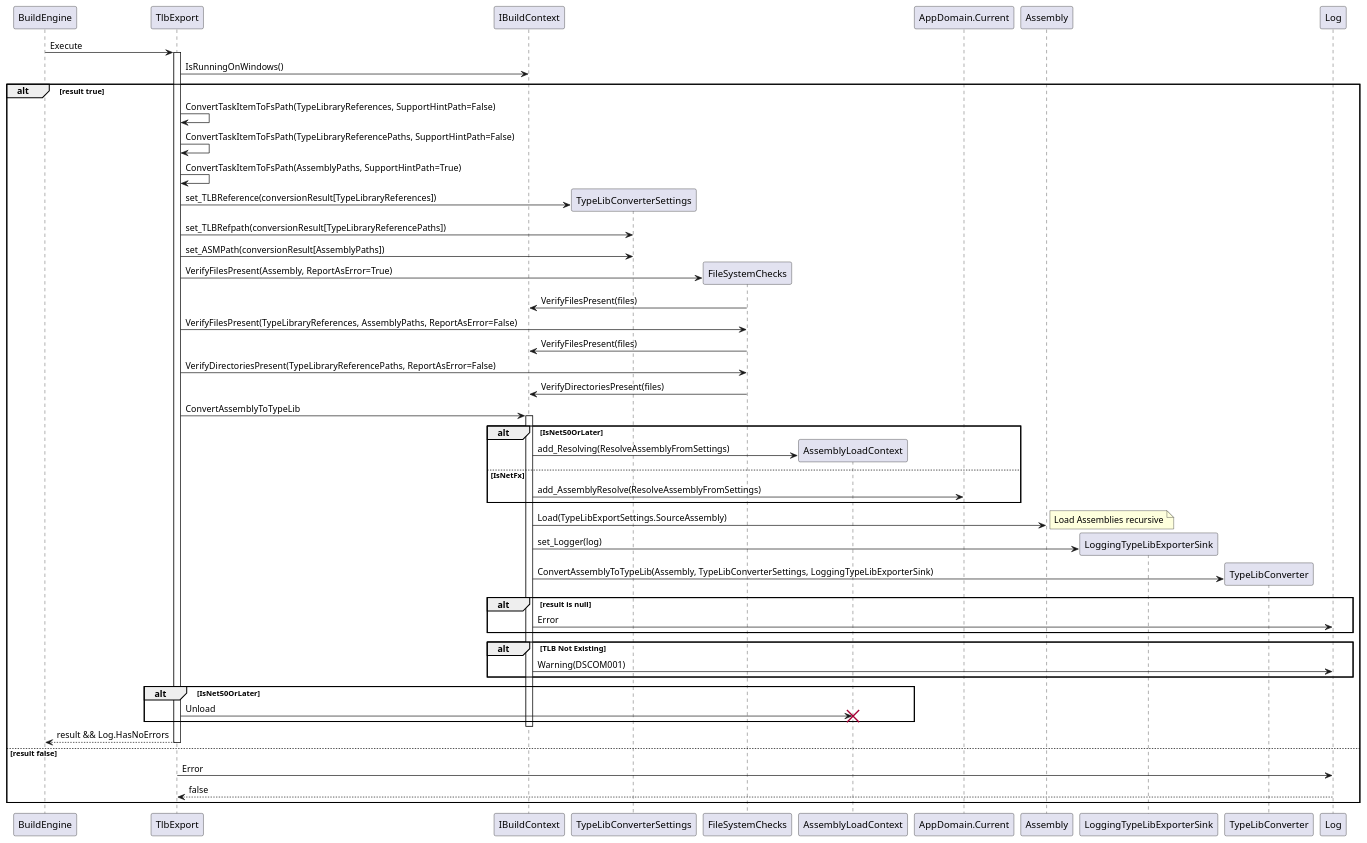
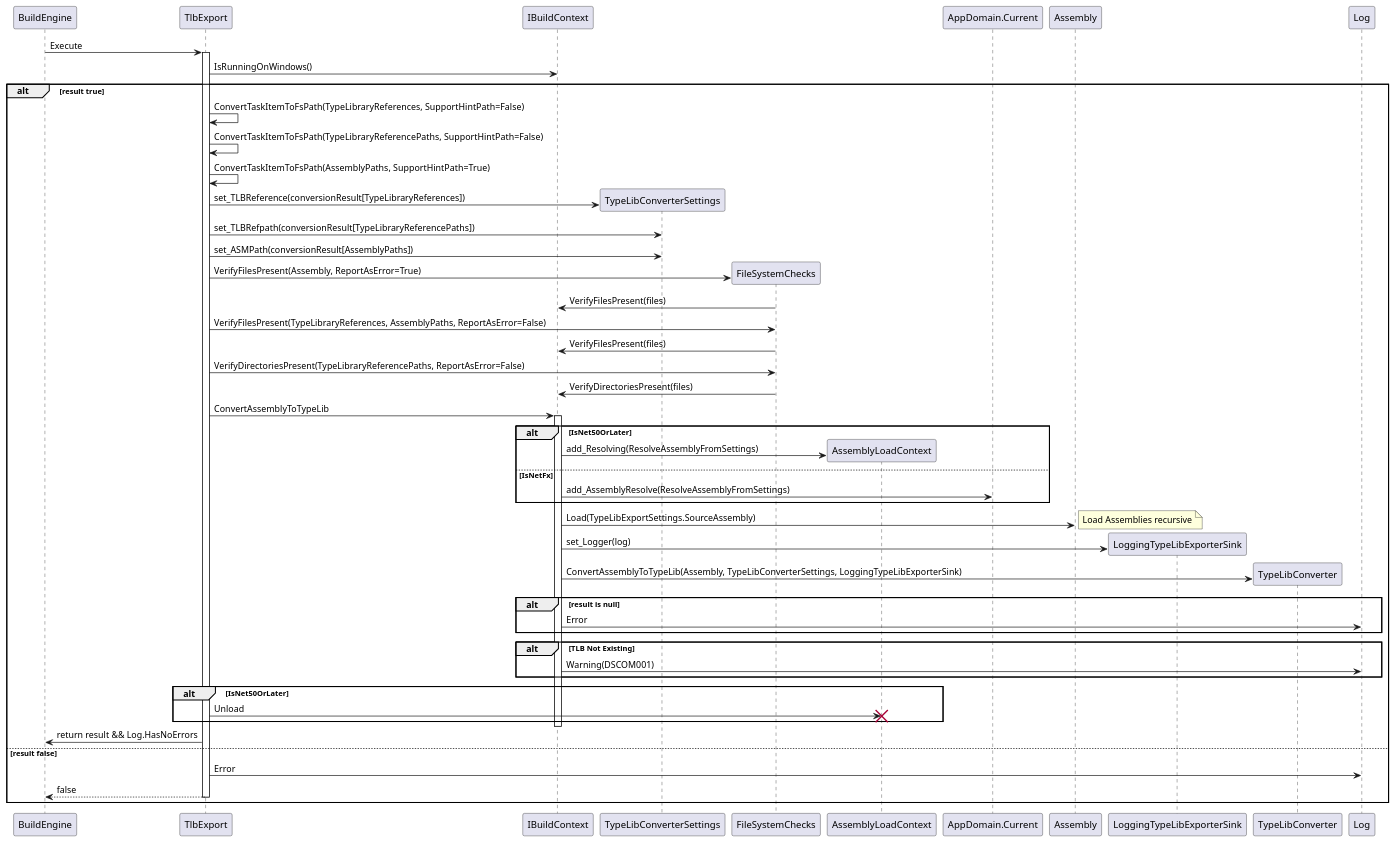
The diagram in docs/dscom.build/TlbExport.sequence.puml (dspace-group/dscom), drawn with PlantUML before and after one commit. The commit also changed 2 other files, not shown here.

Commit message:
docs: Fixed return for "result true" alt

```diff
--- a/docs/dscom.build/TlbExport.sequence.puml
+++ b/docs/dscom.build/TlbExport.sequence.puml
@@ -1,62 +1,64 @@
 @startuml "TlbExport"
 Participant BuildEngine as MsBuild
 
 MsBuild -> TlbExport: Execute
 activate TlbExport
 
 TlbExport -> IBuildContext: IsRunningOnWindows()
 alt result true
 	TlbExport -> TlbExport: ConvertTaskItemToFsPath(TypeLibraryReferences, SupportHintPath=False)
     TlbExport -> TlbExport: ConvertTaskItemToFsPath(TypeLibraryReferencePaths, SupportHintPath=False)
     TlbExport -> TlbExport: ConvertTaskItemToFsPath(AssemblyPaths, SupportHintPath=True)
     
     create TypeLibConverterSettings
     
     TlbExport -> TypeLibConverterSettings: set_TLBReference(conversionResult[TypeLibraryReferences])
     TlbExport -> TypeLibConverterSettings: set_TLBRefpath(conversionResult[TypeLibraryReferencePaths])
     TlbExport -> TypeLibConverterSettings: set_ASMPath(conversionResult[AssemblyPaths])
     
     create FileSystemChecks
     TlbExport -> FileSystemChecks: VerifyFilesPresent(Assembly, ReportAsError=True)
     FileSystemChecks -> IBuildContext: VerifyFilesPresent(files)
     TlbExport -> FileSystemChecks: VerifyFilesPresent(TypeLibraryReferences, AssemblyPaths, ReportAsError=False)
     FileSystemChecks -> IBuildContext: VerifyFilesPresent(files)
     TlbExport -> FileSystemChecks: VerifyDirectoriesPresent(TypeLibraryReferencePaths, ReportAsError=False)
     FileSystemChecks -> IBuildContext: VerifyDirectoriesPresent(files)
     
     TlbExport -> IBuildContext: ConvertAssemblyToTypeLib
     activate IBuildContext
     alt IsNet50OrLater
     	create AssemblyLoadContext
     	IBuildContext -> AssemblyLoadContext: add_Resolving(ResolveAssemblyFromSettings)
     else IsNetFx
     	IBuildContext -> AppDomain.Current: add_AssemblyResolve(ResolveAssemblyFromSettings)
     end
     
     IBuildContext -> Assembly: Load(TypeLibExportSettings.SourceAssembly)
     note right: Load Assemblies recursive
     
     create LoggingTypeLibExporterSink
     IBuildContext -> LoggingTypeLibExporterSink: set_Logger(log)
     
     create TypeLibConverter
     IBuildContext -> TypeLibConverter: ConvertAssemblyToTypeLib(Assembly, TypeLibConverterSettings, LoggingTypeLibExporterSink)
     alt result is null
     	IBuildContext -> Log: Error
     end
     
     alt TLB Not Existing
     	IBuildContext -> Log: Warning(DSCOM001)
     end
     
     alt IsNet50OrLater
     	TlbExport -> AssemblyLoadContext: Unload
     	destroy AssemblyLoadContext
     end
     deactivate IBuildContext
-    return result && Log.HasNoErrors
+
+    TlbExport -> MsBuild: return result && Log.HasNoErrors
+
 else result false
 	TlbExport -> Log: Error
     return false
 end
 @enduml
```
